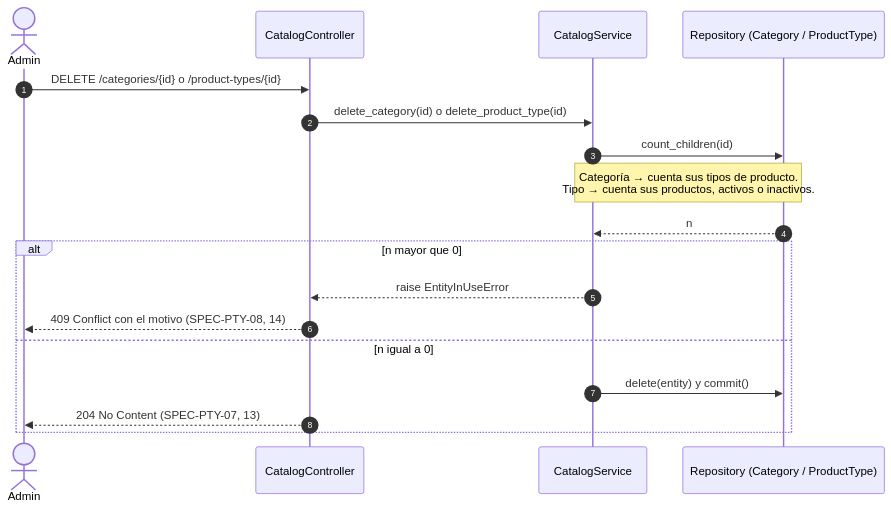
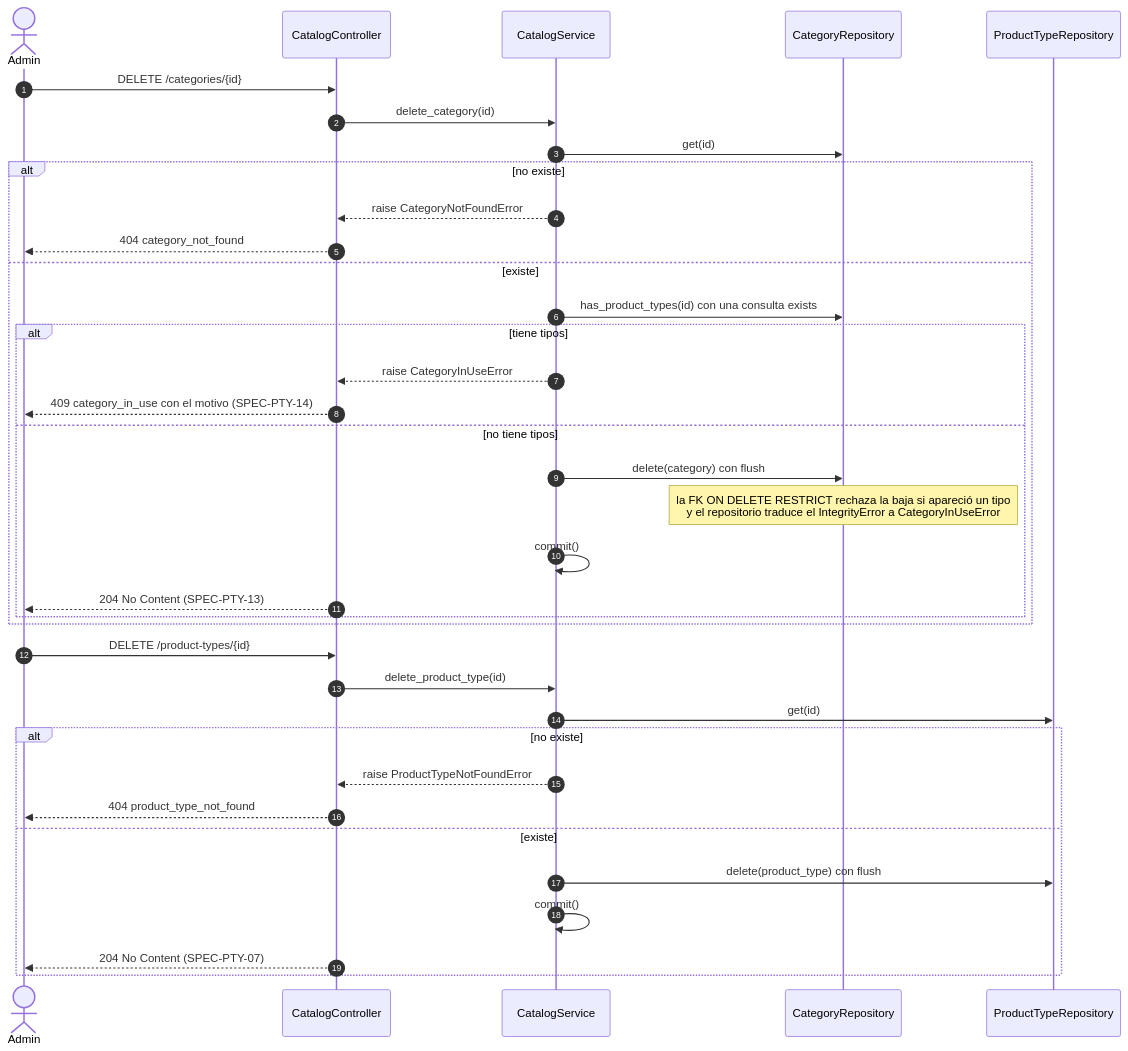
Before and after one commit to Diazfe-dev/AyED-III-python-ticket-service: the third of 4 diagrams in diagrams/sequences/02-product-types.md, drawn with Mermaid. The commit also changed other lines of this file and 26 other files, not shown here.

Commit message:
feat(product-type): add category and product type catalog with OpenAPI contract

````diff
--- a/diagrams/sequences/02-product-types.md
+++ b/diagrams/sequences/02-product-types.md
@@ -77,21 +90,40 @@
 ```mermaid
 sequenceDiagram
     autonumber
     actor Admin
     participant PC as CatalogController
     participant CS as CatalogService
-    participant R as Repository (Category / ProductType)
+    participant CR as CategoryRepository
+    participant TR as ProductTypeRepository
 
-    Admin->>PC: DELETE /categories/{id} o /product-types/{id}
-    PC->>CS: delete_category(id) o delete_product_type(id)
-    CS->>R: count_children(id)
-    Note over CS,R: Categoría → cuenta sus tipos de producto.<br/>Tipo → cuenta sus productos, activos o inactivos.
-    R-->>CS: n
-    alt n mayor que 0
-        CS-->>PC: raise EntityInUseError
-        PC-->>Admin: 409 Conflict con el motivo (SPEC-PTY-08, 14)
-    else n igual a 0
-        CS->>R: delete(entity) y commit()
-        PC-->>Admin: 204 No Content (SPEC-PTY-07, 13)
+    Admin->>PC: DELETE /categories/{id}
+    PC->>CS: delete_category(id)
+    CS->>CR: get(id)
+    alt no existe
+        CS-->>PC: raise CategoryNotFoundError
+        PC-->>Admin: 404 category_not_found
+    else existe
+        CS->>CR: has_product_types(id) con una consulta exists
+        alt tiene tipos
+            CS-->>PC: raise CategoryInUseError
+            PC-->>Admin: 409 category_in_use con el motivo (SPEC-PTY-14)
+        else no tiene tipos
+            CS->>CR: delete(category) con flush
+            Note over CR: la FK ON DELETE RESTRICT rechaza la baja si apareció un tipo<br/>y el repositorio traduce el IntegrityError a CategoryInUseError
+            CS->>CS: commit()
+            PC-->>Admin: 204 No Content (SPEC-PTY-13)
+        end
+    end
+
+    Admin->>PC: DELETE /product-types/{id}
+    PC->>CS: delete_product_type(id)
+    CS->>TR: get(id)
+    alt no existe
+        CS-->>PC: raise ProductTypeNotFoundError
+        PC-->>Admin: 404 product_type_not_found
+    else existe
+        CS->>TR: delete(product_type) con flush
+        CS->>CS: commit()
+        PC-->>Admin: 204 No Content (SPEC-PTY-07)
     end
 ```
````
